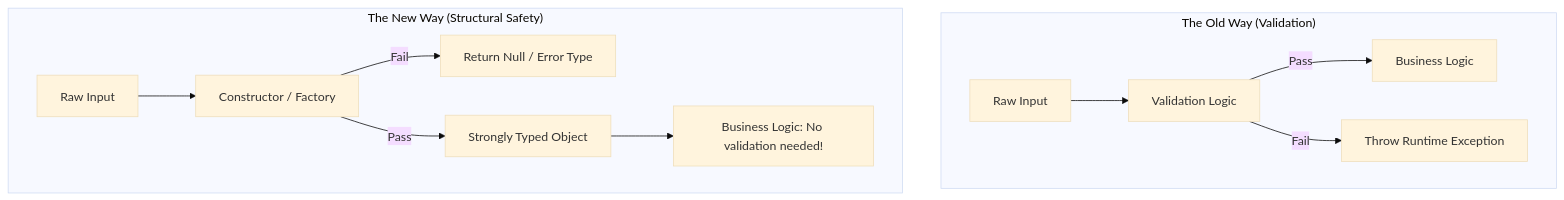
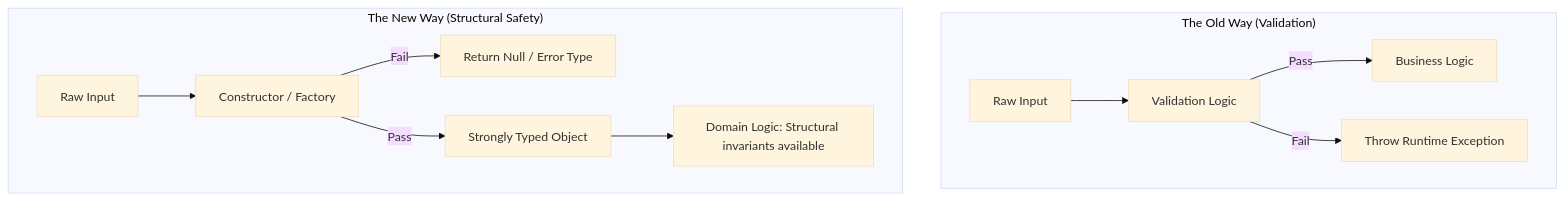
Before and after one commit to swarnsingh/android-staff-engineer-playbook-website: the diagram in principles/make-invalid-states-impossible.md, drawn with Mermaid (base theme). The commit also changed other lines of this file and 43 other files, not shown here.

````diff
--- a/principles/make-invalid-states-impossible.md
+++ b/principles/make-invalid-states-impossible.md
@@ -94,15 +80,15 @@
 ```mermaid
 graph TD
     subgraph "The Old Way (Validation)"
         A1[Raw Input] --> B1[Validation Logic]
         B1 -->|Pass| C1[Business Logic]
         B1 -->|Fail| D1[Throw Runtime Exception]
     end
     
     subgraph "The New Way (Structural Safety)"
         A2[Raw Input] --> B2[Constructor / Factory]
         B2 -->|Fail| E2[Return Null / Error Type]
         B2 -->|Pass| C2[Strongly Typed Object]
-        C2 --> F2[Business Logic: No validation needed!]
+        C2 --> F2[Domain Logic: Structural invariants available]
     end
 ```
````
